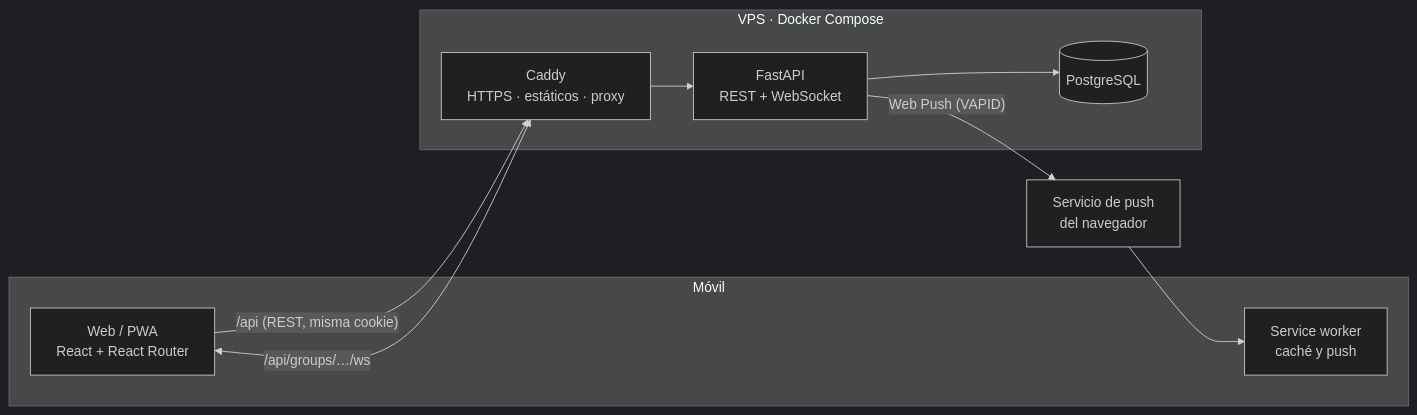
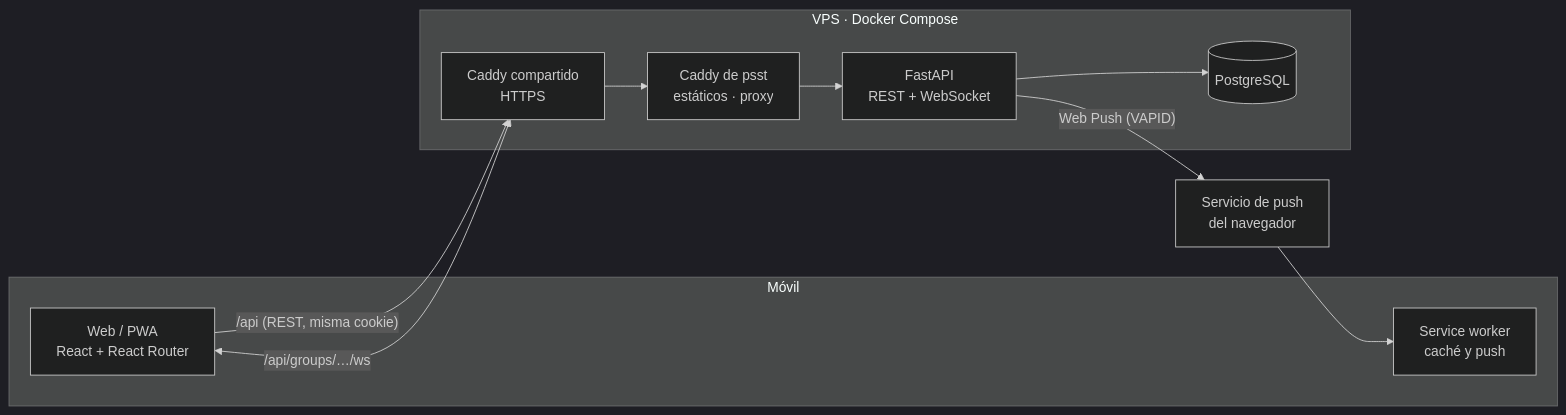
One commit to aadolfo8/psst changed the diagram in README.md. Above: the diagram before and after it, drawn with Mermaid (dark theme). The commit also changed other lines of this file and 2 other files, not shown here.

````diff
--- a/README.md
+++ b/README.md
@@ -109,22 +109,24 @@
 ```mermaid
 flowchart LR
     subgraph Móvil
         W["Web / PWA<br/>React + React Router"]
         SW["Service worker<br/>caché y push"]
     end
 
     subgraph VPS["VPS · Docker Compose"]
-        C["Caddy<br/>HTTPS · estáticos · proxy"]
+        CP["Caddy compartido<br/>HTTPS"]
+        C["Caddy de psst<br/>estáticos · proxy"]
         A["FastAPI<br/>REST + WebSocket"]
         P[("PostgreSQL")]
     end
 
     PS["Servicio de push<br/>del navegador"]
 
-    W -- "/api (REST, misma cookie)" --> C
-    W <-- "/api/groups/…/ws" --> C
+    W -- "/api (REST, misma cookie)" --> CP
+    W <-- "/api/groups/…/ws" --> CP
+    CP --> C
     C --> A
     A --> P
     A -- "Web Push (VAPID)" --> PS
     PS --> SW
 ```
````
